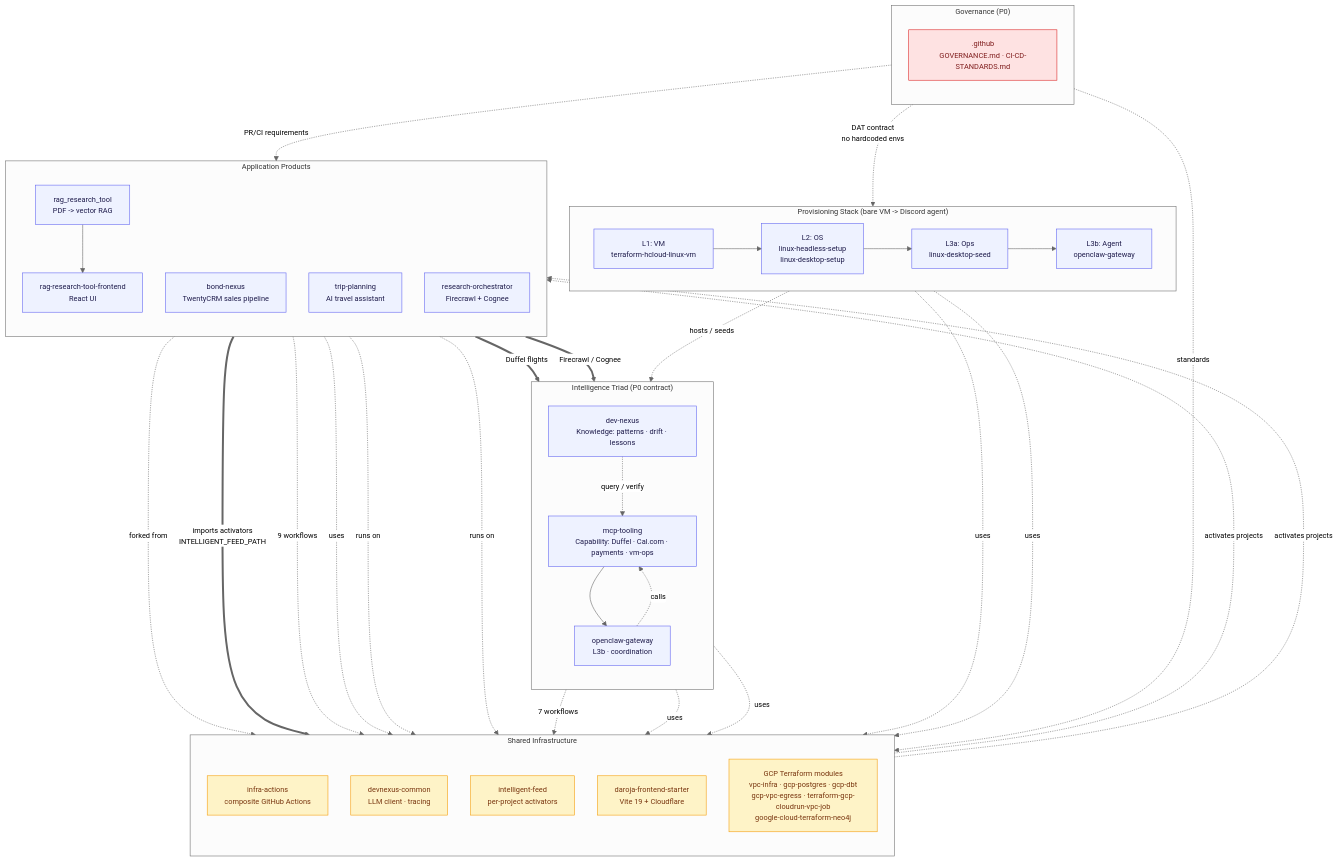
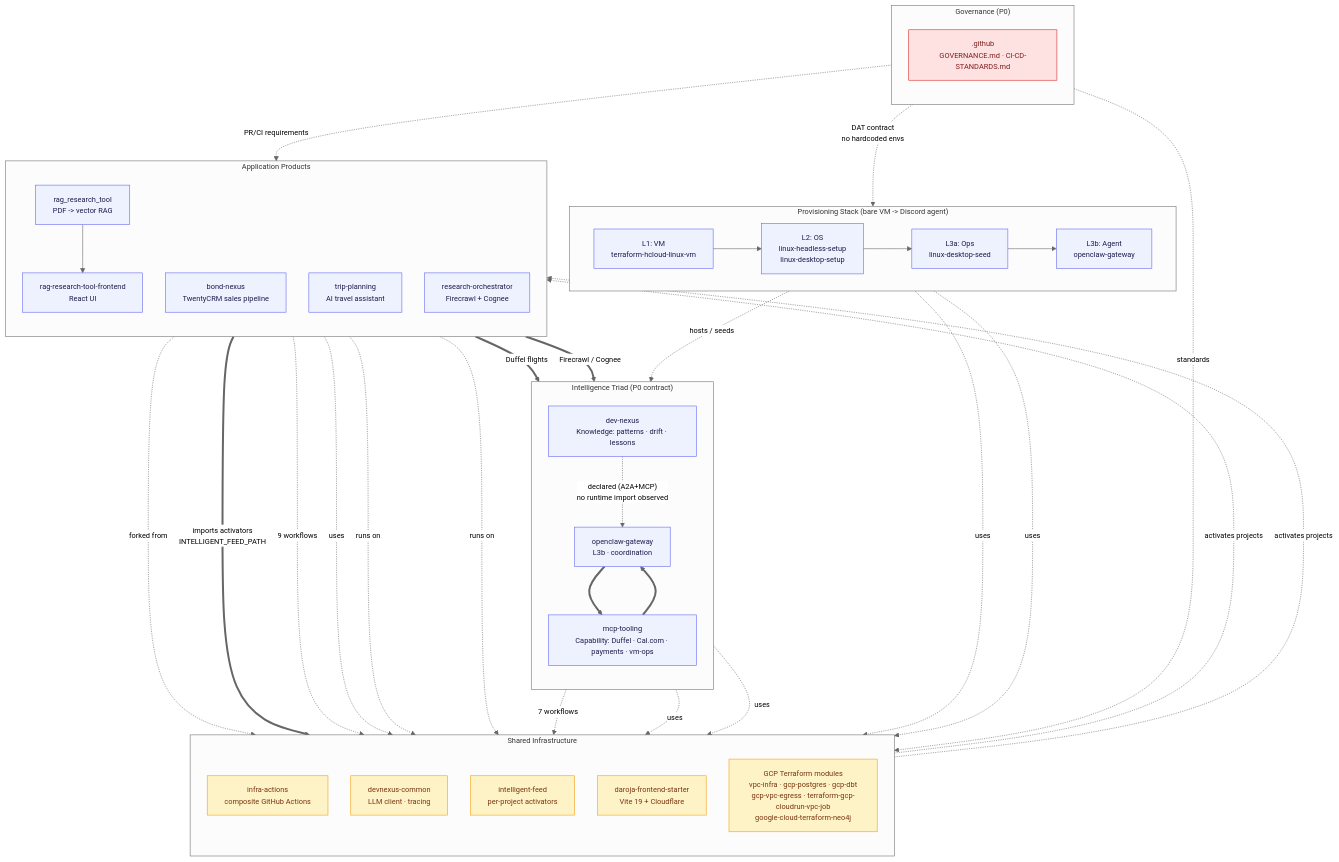
Before and after one commit to DarojaAI/linux-headless-setup: the diagram in docs/org-overview.md, drawn with Mermaid. The commit also changed other lines of this file and 3 other files, not shown here.

First line of the commit message:
docs(org-overview): correct triad wiring diagram, add audit table

````diff
--- a/docs/org-overview.md
+++ b/docs/org-overview.md
@@ -30,82 +30,82 @@
 ```mermaid
 %%{init: {
   "theme": "neutral",
   "flowchart": {"curve": "basis", "htmlLabels": true, "nodeSpacing": 40, "rankSpacing": 60},
   "themeVariables": {
     "fontSize": "13px",
     "fontFamily": "ui-sans-serif, system-ui, sans-serif"
   }
 }}%%
 flowchart TB
 
 subgraph GOV["Governance (P0)"]
   direction TB
   GITHUB[".github<br/>GOVERNANCE.md · CI-CD-STANDARDS.md"]
 end
 
 subgraph SHARED["Shared Infrastructure"]
   direction TB
   INFRA["infra-actions<br/>composite GitHub Actions"]
   DEVNEX_COMMON["devnexus-common<br/>LLM client · tracing"]
   INTEL_FEED["intelligent-feed<br/>per-project activators"]
   FRONTEND_STARTER["daroja-frontend-starter<br/>Vite 19 + Cloudflare"]
   GCP_MODULES["GCP Terraform modules<br/>vpc-infra · gcp-postgres · gcp-dbt<br/>gcp-vpc-egress · terraform-gcp-cloudrun-vpc-job<br/>google-cloud-terraform-neo4j"]
 end
 
 subgraph PROV["Provisioning Stack (bare VM -> Discord agent)"]
   direction LR
   L1["L1: VM<br/>terraform-hcloud-linux-vm"]
   L2["L2: OS<br/>linux-headless-setup<br/>linux-desktop-setup"]
   L3A["L3a: Ops<br/>linux-desktop-seed"]
   L3B["L3b: Agent<br/>openclaw-gateway"]
   L1 --> L2 --> L3A --> L3B
 end
 
 subgraph TRIAD["Intelligence Triad (P0 contract)"]
   direction TB
   KNOW["dev-nexus<br/>Knowledge: patterns · drift · lessons"]
   CAP["mcp-tooling<br/>Capability: Duffel · Cal.com · payments · vm-ops"]
   COORD["openclaw-gateway<br/>L3b · coordination"]
-  KNOW -. "query / verify" .-> CAP
-  CAP --> COORD
-  COORD -. "calls" .-> CAP
+  KNOW -. "declared (A2A+MCP)<br/>no runtime import observed" .-> COORD
+  CAP ==> COORD
+  COORD ==> CAP
 end
 
 subgraph APPS["Application Products"]
   direction TB
   RAG["rag_research_tool<br/>PDF -> vector RAG"]
   RAG_FE["rag-research-tool-frontend<br/>React UI"]
   BOND["bond-nexus<br/>TwentyCRM sales pipeline"]
   TRIP["trip-planning<br/>AI travel assistant"]
   RO["research-orchestrator<br/>Firecrawl + Cognee"]
 end
 
 L3A -. "hosts / seeds" .-> COORD
 TRIP == "Duffel flights" ==> CAP
 RO == "Firecrawl / Cognee" ==> CAP
 RAG --> RAG_FE
 RAG_FE -. "forked from" .-> FRONTEND_STARTER
 RO == "imports activators<br/>INTELLIGENT_FEED_PATH" ==> INTEL_FEED
 INTEL_FEED -. "activates projects" .-> RAG
 INTEL_FEED -. "activates projects" .-> BOND
 L3A -. "uses" .-> INFRA
 RAG -. "9 workflows" .-> INFRA
 KNOW -. "7 workflows" .-> INFRA
 L3B -. "uses" .-> DEVNEX_COMMON
 KNOW -. "uses" .-> DEVNEX_COMMON
 CAP -. "uses" .-> DEVNEX_COMMON
 RAG -. "uses" .-> DEVNEX_COMMON
 RAG -. "runs on" .-> GCP_MODULES
 RO -. "runs on" .-> GCP_MODULES
 GITHUB -. "standards" .-> INFRA
 GITHUB -. "DAT contract<br/>no hardcoded envs" .-> L3B
 GITHUB -. "PR/CI requirements" .-> RAG
 
 classDef stack fill:#eef2ff,stroke:#6366f1,stroke-width:1px,color:#1e1b4b;
 classDef shared fill:#fef3c7,stroke:#f59e0b,stroke-width:1px,color:#78350f;
 classDef gov fill:#fee2e2,stroke:#dc2626,stroke-width:1px,color:#7f1d1d;
 
 class L1,L2,L3A,L3B,KNOW,CAP,COORD,RAG,RAG_FE,BOND,TRIP,RO stack;
 class INFRA,DEVNEX_COMMON,INTEL_FEED,FRONTEND_STARTER,GCP_MODULES shared;
 class GITHUB gov;
 ```
````
